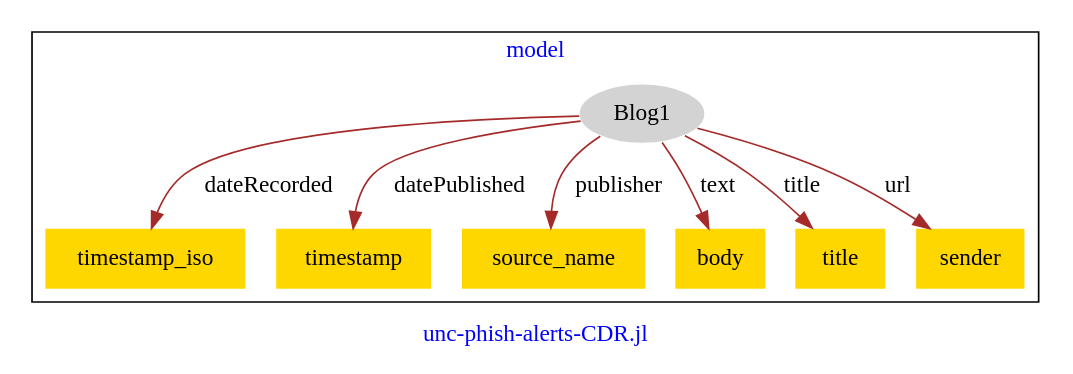
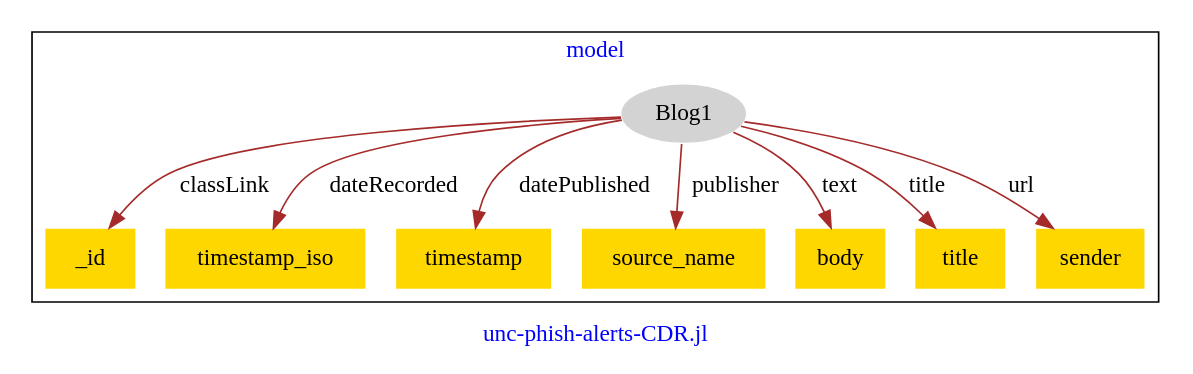
Before and after one commit to usc-isi-i2/effect-alignment: the diagram in models/hg-unc-phish-alerts/unc-phish-alerts-model.dot, drawn with Graphviz.

Commit message:
Update file unc-phish-alerts-model.dot

```diff
--- a/models/hg-unc-phish-alerts/unc-phish-alerts-model.dot
+++ b/models/hg-unc-phish-alerts/unc-phish-alerts-model.dot
@@ -1,21 +1,23 @@
 digraph n0 {
 fontcolor="blue"
 remincross="true"
 label="unc-phish-alerts-CDR.jl"
 subgraph cluster {
 label="model"
 n2[style="filled",color="white",fillcolor="lightgray",label="Blog1"];
-n3[shape="plaintext",style="filled",fillcolor="gold",label="timestamp_iso"];
-n4[shape="plaintext",style="filled",fillcolor="gold",label="timestamp"];
-n5[shape="plaintext",style="filled",fillcolor="gold",label="source_name"];
-n6[shape="plaintext",style="filled",fillcolor="gold",label="body"];
-n7[shape="plaintext",style="filled",fillcolor="gold",label="title"];
-n8[shape="plaintext",style="filled",fillcolor="gold",label="sender"];
+n3[shape="plaintext",style="filled",fillcolor="gold",label="_id"];
+n4[shape="plaintext",style="filled",fillcolor="gold",label="timestamp_iso"];
+n5[shape="plaintext",style="filled",fillcolor="gold",label="timestamp"];
+n6[shape="plaintext",style="filled",fillcolor="gold",label="source_name"];
+n7[shape="plaintext",style="filled",fillcolor="gold",label="body"];
+n8[shape="plaintext",style="filled",fillcolor="gold",label="title"];
+n9[shape="plaintext",style="filled",fillcolor="gold",label="sender"];
 }
-n2 -> n3[color="brown",fontcolor="black",label="dateRecorded"]
-n2 -> n4[color="brown",fontcolor="black",label="datePublished"]
-n2 -> n5[color="brown",fontcolor="black",label="publisher"]
-n2 -> n6[color="brown",fontcolor="black",label="text"]
-n2 -> n7[color="brown",fontcolor="black",label="title"]
-n2 -> n8[color="brown",fontcolor="black",label="url"]
+n2 -> n3[color="brown",fontcolor="black",label="classLink"]
+n2 -> n4[color="brown",fontcolor="black",label="dateRecorded"]
+n2 -> n5[color="brown",fontcolor="black",label="datePublished"]
+n2 -> n6[color="brown",fontcolor="black",label="publisher"]
+n2 -> n7[color="brown",fontcolor="black",label="text"]
+n2 -> n8[color="brown",fontcolor="black",label="title"]
+n2 -> n9[color="brown",fontcolor="black",label="url"]
 }
```
